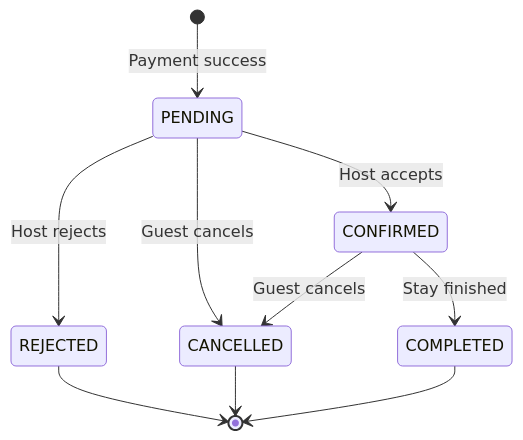
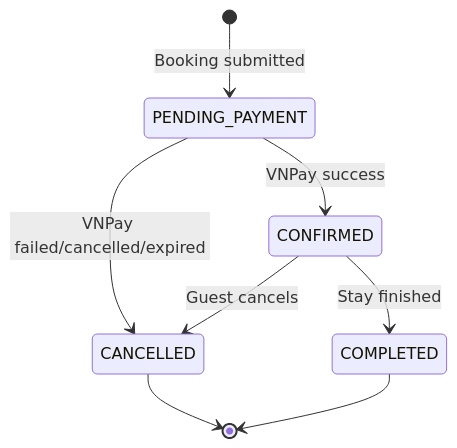
Before and after one commit to apase95/StayHub: the diagram in docs/database/7_Booking.md, drawn with Mermaid. The commit also changed other lines of this file and 13 other files, not shown here.

Commit message:
[ADD]: New feature payment with VNPay, Discount package

````diff
--- a/docs/database/7_Booking.md
+++ b/docs/database/7_Booking.md
@@ -50,16 +54,14 @@
 ```mermaid
 stateDiagram-v2
 
-    [*] --> PENDING : Payment success
+    [*] --> PENDING_PAYMENT : Booking submitted
 
-    PENDING --> CONFIRMED : Host accepts
-    PENDING --> REJECTED : Host rejects
-    PENDING --> CANCELLED : Guest cancels
+    PENDING_PAYMENT --> CONFIRMED : VNPay success
+    PENDING_PAYMENT --> CANCELLED : VNPay failed/cancelled/expired
 
     CONFIRMED --> CANCELLED : Guest cancels
     CONFIRMED --> COMPLETED : Stay finished
 
-    REJECTED --> [*]
     CANCELLED --> [*]
     COMPLETED --> [*]
 ```
````
